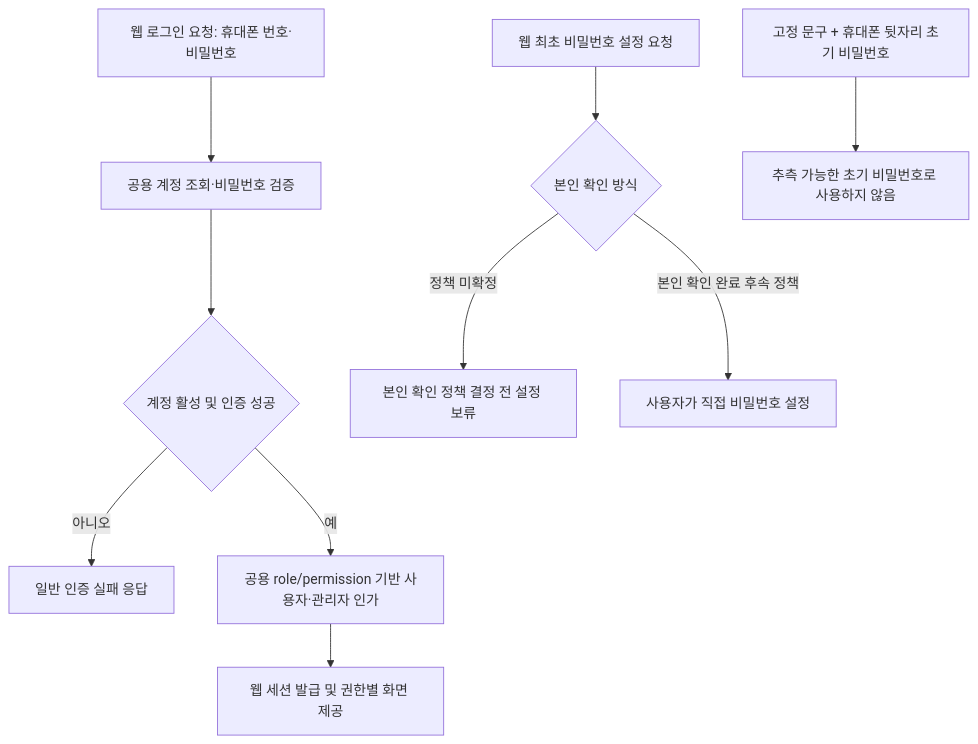
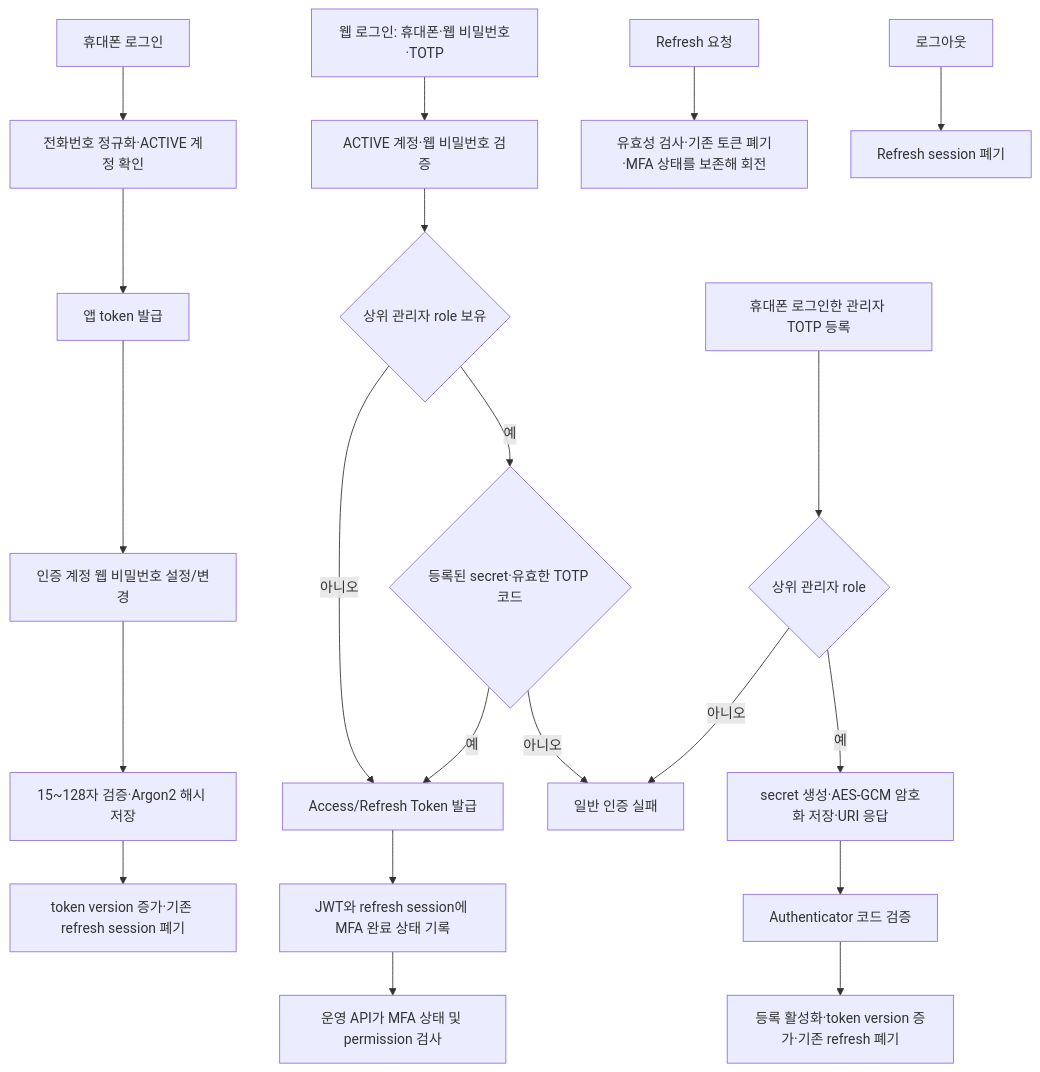
One commit to DongHyeonEom/umji-market-api changed the second of 2 diagrams in docs/services/authentication.md. Above: the diagram before and after it, drawn with Mermaid. The commit also changed other lines of this file and 41 other files, not shown here.

Commit message:
feat: add web password and admin TOTP authentication

````diff
--- a/docs/services/authentication.md
+++ b/docs/services/authentication.md
@@ -59,12 +70,26 @@
 ```mermaid
 flowchart TD
-    WEB[웹 로그인 요청: 휴대폰 번호·비밀번호] --> ACCOUNT[공용 계정 조회·비밀번호 검증]
-    ACCOUNT --> ACTIVE{계정 활성 및 인증 성공}
-    ACTIVE -- 아니오 --> DENY[일반 인증 실패 응답]
-    ACTIVE -- 예 --> ROLE[공용 role/permission 기반 사용자·관리자 인가]
-    ROLE --> SESSION[웹 세션 발급 및 권한별 화면 제공]
-    FIRST[웹 최초 비밀번호 설정 요청] --> VERIFY{본인 확인 방식}
-    VERIFY -- 정책 미확정 --> HOLD[본인 확인 정책 결정 전 설정 보류]
-    DEFAULT[고정 문구 + 휴대폰 뒷자리 초기 비밀번호] --> REJECT[추측 가능한 초기 비밀번호로 사용하지 않음]
-    VERIFY -- 본인 확인 완료 후속 정책 --> SET[사용자가 직접 비밀번호 설정]
+    PHONE[휴대폰 로그인] --> ACTIVE[전화번호 정규화·ACTIVE 계정 확인]
+    ACTIVE --> MOBILETOKEN[앱 token 발급]
+    MOBILETOKEN --> SET[인증 계정 웹 비밀번호 설정/변경]
+    SET --> HASH[15~128자 검증·Argon2 해시 저장]
+    HASH --> REVOKE[token version 증가·기존 refresh session 폐기]
+
+    WEB[웹 로그인: 휴대폰·웹 비밀번호·TOTP] --> CREDENTIAL[ACTIVE 계정·웹 비밀번호 검증]
+    CREDENTIAL --> PRIVILEGED{상위 관리자 role 보유}
+    PRIVILEGED -- 아니오 --> ISSUE[Access/Refresh Token 발급]
+    PRIVILEGED -- 예 --> OTP{등록된 secret·유효한 TOTP 코드}
+    OTP -- 아니오 --> DENY[일반 인증 실패]
+    OTP -- 예 --> ISSUE
+    ISSUE --> MFA[JWT와 refresh session에 MFA 완료 상태 기록]
+    MFA --> OP[운영 API가 MFA 상태 및 permission 검사]
+
+    SETUP[휴대폰 로그인한 관리자 TOTP 등록] --> ROLE{상위 관리자 role}
+    ROLE -- 아니오 --> DENY
+    ROLE -- 예 --> SECRET[secret 생성·AES-GCM 암호화 저장·URI 응답]
+    SECRET --> CONFIRM[Authenticator 코드 검증]
+    CONFIRM --> ENABLE[등록 활성화·token version 증가·기존 refresh 폐기]
+
+    REFRESH[Refresh 요청] --> ROTATE[유효성 검사·기존 토큰 폐기·MFA 상태를 보존해 회전]
+    LOGOUT[로그아웃] --> REVOKESESSION[Refresh session 폐기]
 ```
````
